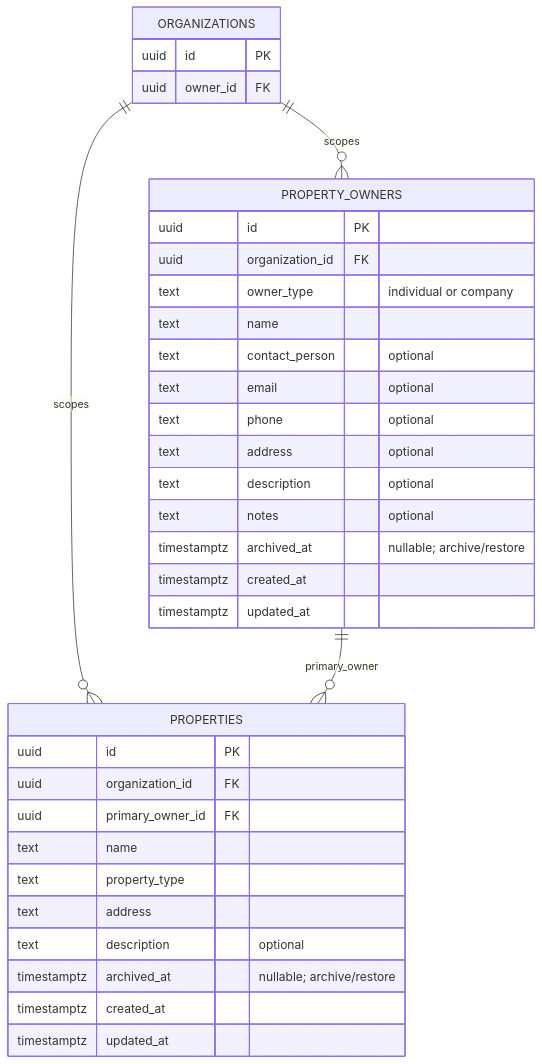
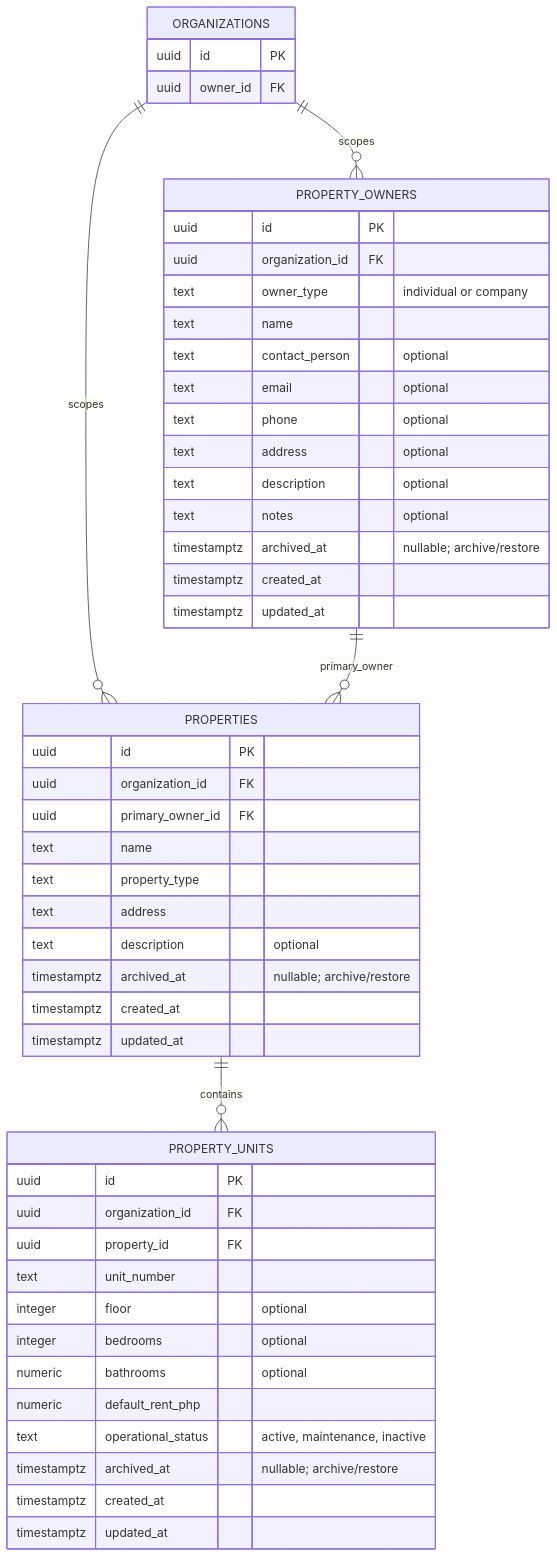
The first of 2 diagrams in docs/diagrams/domain-architecture.md (Danncode10/JuanProperty), drawn with Mermaid before and after one commit. The commit also changed other lines of this file and 5 other files, not shown here.

Commit message:
docs(p1.3): update docs and verification for property-unit-management

````diff
--- a/docs/diagrams/domain-architecture.md
+++ b/docs/diagrams/domain-architecture.md
@@ -11,37 +11,52 @@
 ```mermaid
 erDiagram
     ORGANIZATIONS ||--o{ PROPERTY_OWNERS : scopes
     ORGANIZATIONS ||--o{ PROPERTIES : scopes
     PROPERTY_OWNERS ||--o{ PROPERTIES : primary_owner
+    PROPERTIES ||--o{ PROPERTY_UNITS : contains
     ORGANIZATIONS {
         uuid id PK
         uuid owner_id FK
     }
     PROPERTY_OWNERS {
         uuid id PK
         uuid organization_id FK
         text owner_type "individual or company"
         text name
         text contact_person "optional"
         text email "optional"
         text phone "optional"
         text address "optional"
         text description "optional"
         text notes "optional"
         timestamptz archived_at "nullable; archive/restore"
         timestamptz created_at
         timestamptz updated_at
     }
     PROPERTIES {
         uuid id PK
         uuid organization_id FK
         uuid primary_owner_id FK
         text name
         text property_type
         text address
         text description "optional"
         timestamptz archived_at "nullable; archive/restore"
         timestamptz created_at
         timestamptz updated_at
     }
+    PROPERTY_UNITS {
+        uuid id PK
+        uuid organization_id FK
+        uuid property_id FK
+        text unit_number
+        integer floor "optional"
+        integer bedrooms "optional"
+        numeric bathrooms "optional"
+        numeric default_rent_php
+        text operational_status "active, maintenance, inactive"
+        timestamptz archived_at "nullable; archive/restore"
+        timestamptz created_at
+        timestamptz updated_at
+    }
 ```
````
